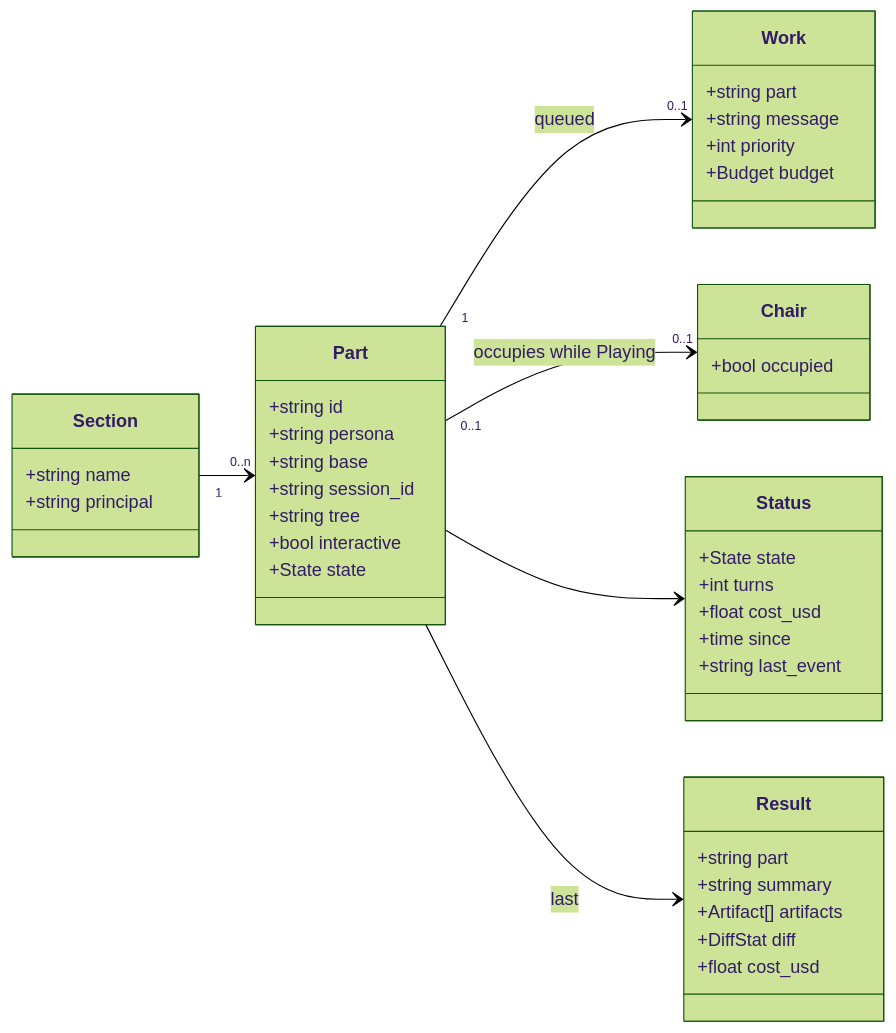
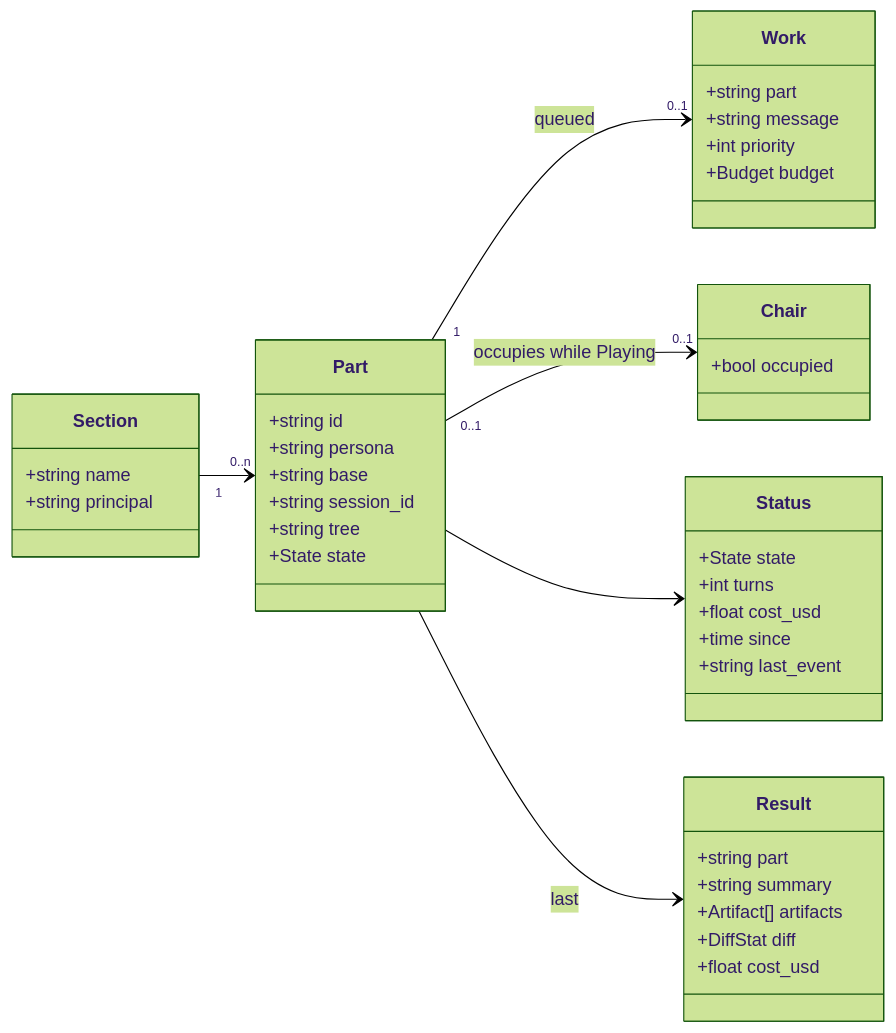
Before and after one commit to noclearreaction/symphony-maestro: the third of 5 diagrams in docs/ensemble/README.md, drawn with Mermaid (forest theme). The commit also changed other lines of this file, not shown here.

````diff
--- a/docs/ensemble/README.md
+++ b/docs/ensemble/README.md
@@ -523,45 +526,44 @@
 ```mermaid
 classDiagram
   direction LR
   class Part {
     +string id
     +string persona
     +string base
     +string session_id
     +string tree
-    +bool interactive
     +State state
   }
   class Chair {
     +bool occupied
   }
   class Work {
     +string part
     +string message
     +int priority
     +Budget budget
   }
   class Status {
     +State state
     +int turns
     +float cost_usd
     +time since
     +string last_event
   }
   class Result {
     +string part
     +string summary
     +Artifact[] artifacts
     +DiffStat diff
     +float cost_usd
   }
   class Section {
     +string name
     +string principal
   }
   Section "1" --> "0..n" Part
   Part "1" --> "0..1" Work : queued
   Part "0..1" --> "0..1" Chair : occupies while Playing
   Part --> Status
   Part --> Result : last
 ```
````
